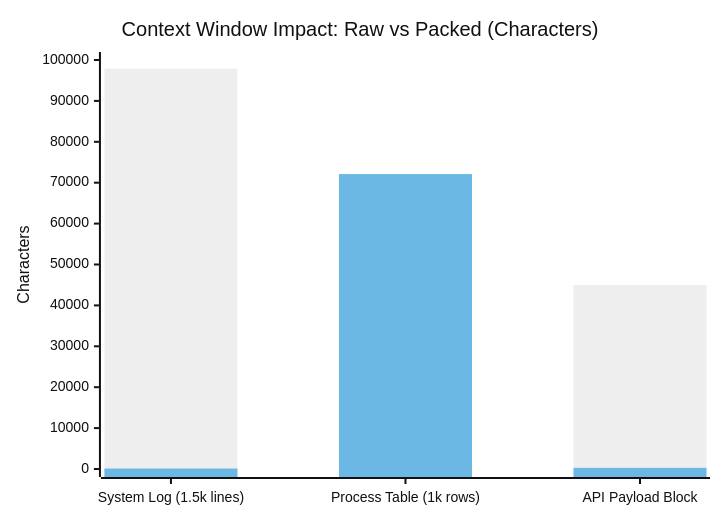
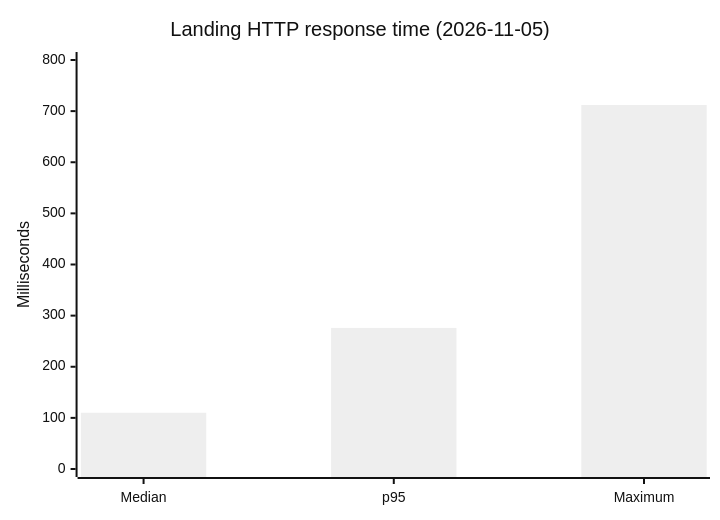
The first of 3 diagrams in data/readmes/joelpizza0818-blip__Helix-Assitant.md (zqf20096327/ai_collect), drawn with Mermaid (neutral theme) before and after one commit. The commit also changed other lines of this file and 1896 other files, not shown here.

````diff
--- a/data/readmes/joelpizza0818-blip__Helix-Assitant.md
+++ b/data/readmes/joelpizza0818-blip__Helix-Assitant.md
@@ -88,8 +89,7 @@
 ```mermaid
 xychart-beta
-    title "Context Window Impact: Raw vs Packed (Characters)"
-    x-axis ["System Log (1.5k lines)", "Process Table (1k rows)", "API Payload Block"]
-    y-axis "Characters" 0 --> 100000
-    bar [97889, 72000, 45000]
-    bar [115, 72107, 280]
+    title "Landing HTTP response time (2026-11-05)"
+    x-axis ["Median", "p95", "Maximum"]
+    y-axis "Milliseconds" 0 --> 800
+    bar [110, 276, 712]
 ```
````
